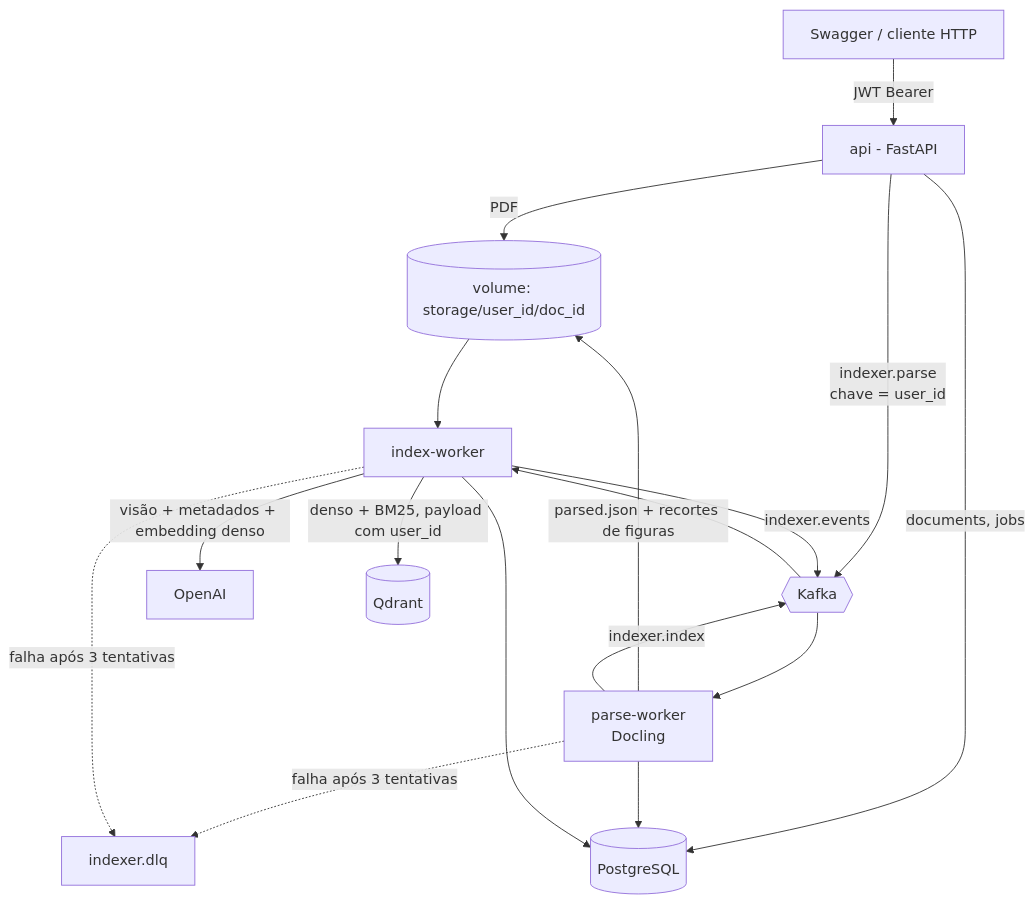
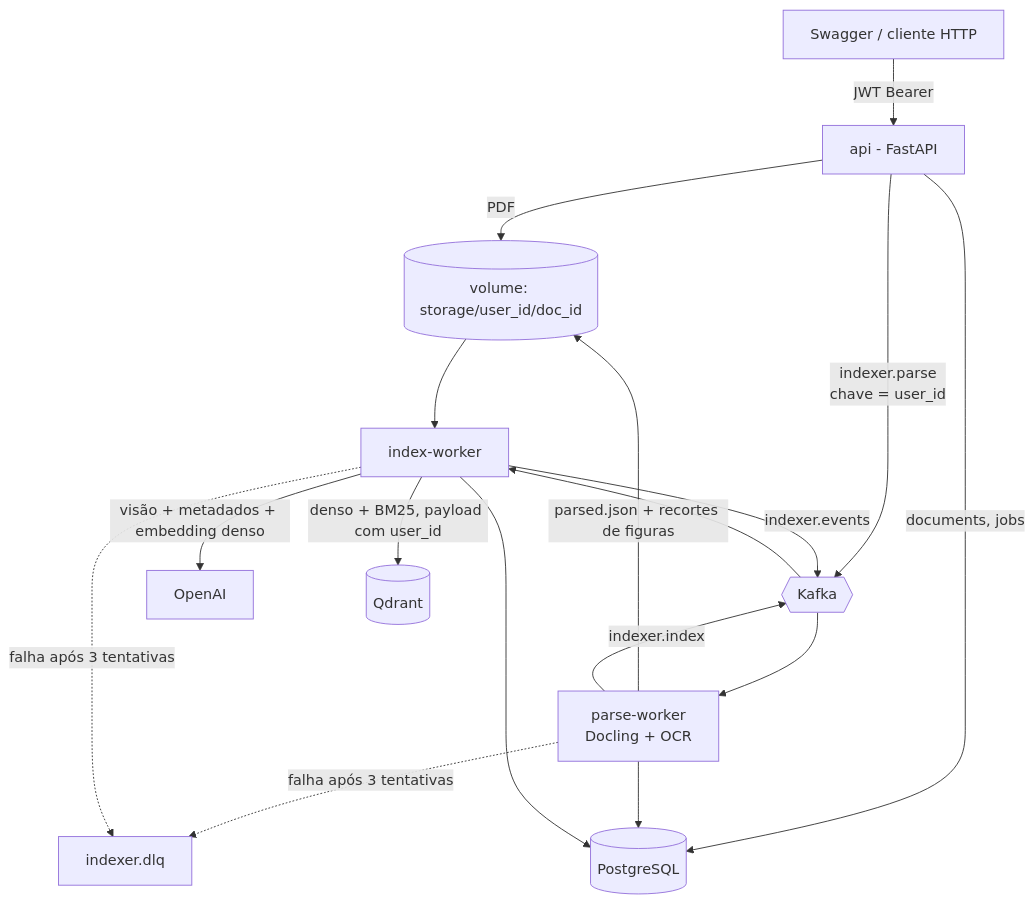
One commit to proscholdt/MultAgent_AnaliseDocumental changed the diagram in indexer/README.md. Above: the diagram before and after it, drawn with Mermaid. The commit also changed other lines of this file, not shown here.

````diff
--- a/indexer/README.md
+++ b/indexer/README.md
@@ -57,19 +14,19 @@
 ```mermaid
 flowchart TD
     C[Swagger / cliente HTTP] -->|JWT Bearer| API[api - FastAPI]
     API -->|PDF| VOL[(volume: storage/user_id/doc_id)]
     API -->|documents, jobs| PG[(PostgreSQL)]
     API -->|indexer.parse<br/>chave = user_id| K{{Kafka}}
-    K --> PW[parse-worker<br/>Docling]
+    K --> PW[parse-worker<br/>Docling + OCR]
     PW -->|parsed.json + recortes de figuras| VOL
     PW -->|indexer.index| K
     K --> IW[index-worker]
     VOL --> IW
     IW -->|visão + metadados + embedding denso| OAI[OpenAI]
     IW -->|denso + BM25, payload com user_id| Q[(Qdrant)]
     IW -->|indexer.events| K
     PW -. falha após 3 tentativas .-> DLQ[indexer.dlq]
     IW -. falha após 3 tentativas .-> DLQ
     PW --> PG
     IW --> PG
 ```
````
